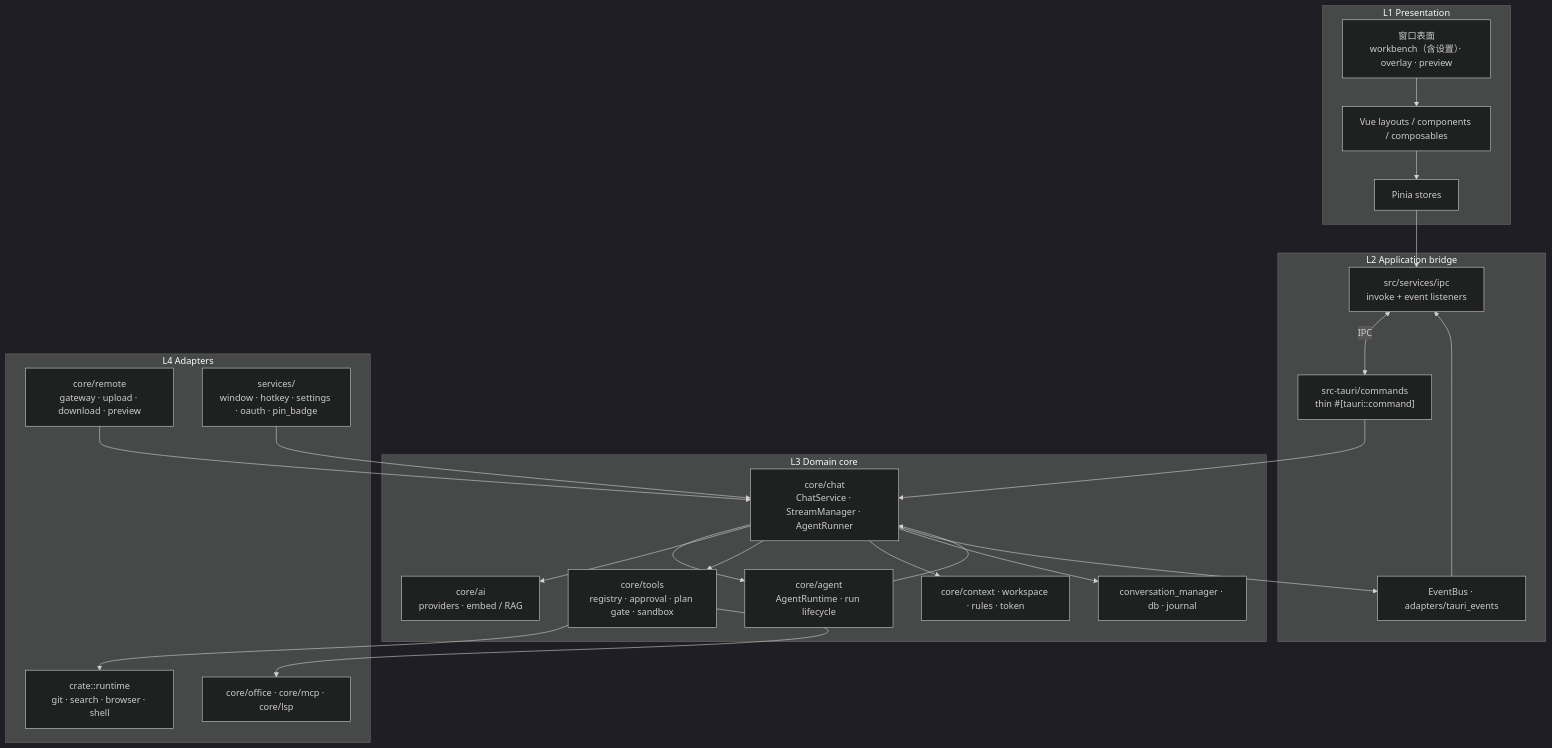
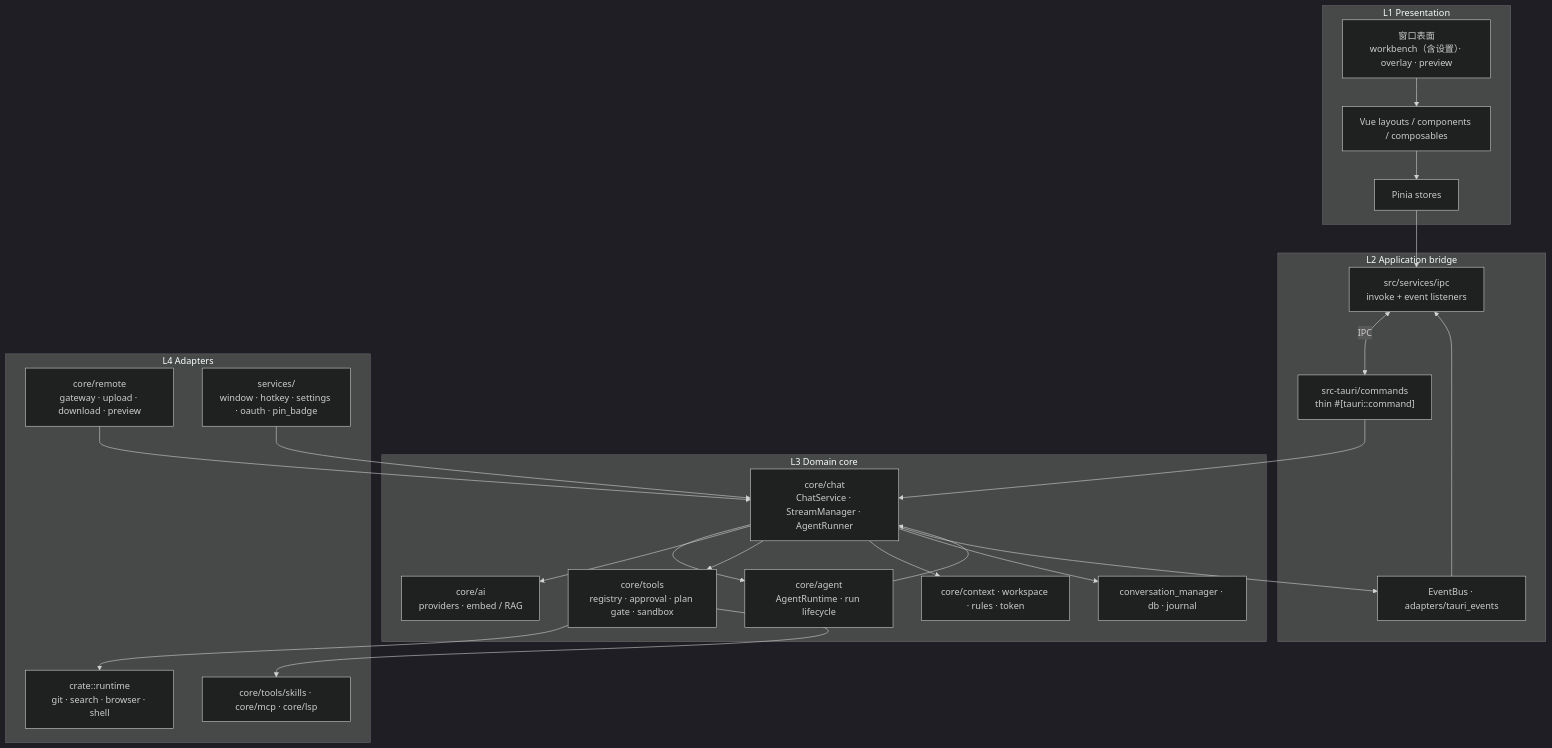
The second of 20 diagrams in docs/architecture-overview.zh-CN.md (rururunu/Anya), drawn with Mermaid (dark theme) before and after one commit. The commit also changed other lines of this file and 205 other files, not shown here.

````diff
--- a/docs/architecture-overview.zh-CN.md
+++ b/docs/architecture-overview.zh-CN.md
@@ -78,46 +78,46 @@
 ```mermaid
 flowchart TB
   subgraph Presentation["L1 Presentation"]
     Win["窗口表面<br/>workbench（含设置）· overlay · preview"]
     UI["Vue layouts / components / composables"]
     Store["Pinia stores"]
   end
 
   subgraph Bridge["L2 Application bridge"]
     FeIpc["src/services/ipc<br/>invoke + event listeners"]
     Cmd["src-tauri/commands<br/>thin #[tauri::command]"]
     Bus["EventBus · adapters/tauri_events"]
   end
 
   subgraph Domain["L3 Domain core"]
     Chat["core/chat<br/>ChatService · StreamManager · AgentRunner"]
     AgentShell["core/agent<br/>AgentRuntime · run lifecycle"]
     Ai["core/ai<br/>providers · embed / RAG"]
     Tools["core/tools<br/>registry · approval · plan gate · sandbox"]
     Ctx["core/context · workspace · rules · token"]
     Persist["conversation_manager · db · journal"]
   end
 
   subgraph Adapters["L4 Adapters"]
     Rt["crate::runtime<br/>git · search · browser · shell"]
-    OfficeCore["core/office · core/mcp · core/lsp"]
+    OfficeCore["core/tools/skills · core/mcp · core/lsp"]
     Remote["core/remote<br/>gateway · upload · download · preview"]
     Svc["services/<br/>window · hotkey · settings · oauth · pin_badge"]
   end
 
   Win --> UI --> Store --> FeIpc
   FeIpc <-->|IPC| Cmd
   Cmd --> Chat
   Svc --> Chat
   Chat --> AgentShell
   AgentShell --> Chat
   Chat --> Ai
   Chat --> Tools
   Chat --> Ctx
   Chat --> Persist
   Tools --> Rt
   Tools --> OfficeCore
   Remote --> Chat
   Bus --> FeIpc
   Chat --> Bus
 ```
````
